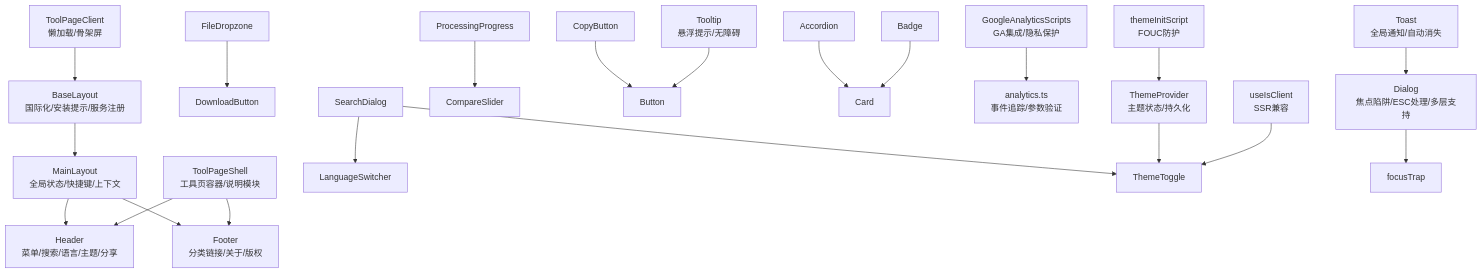
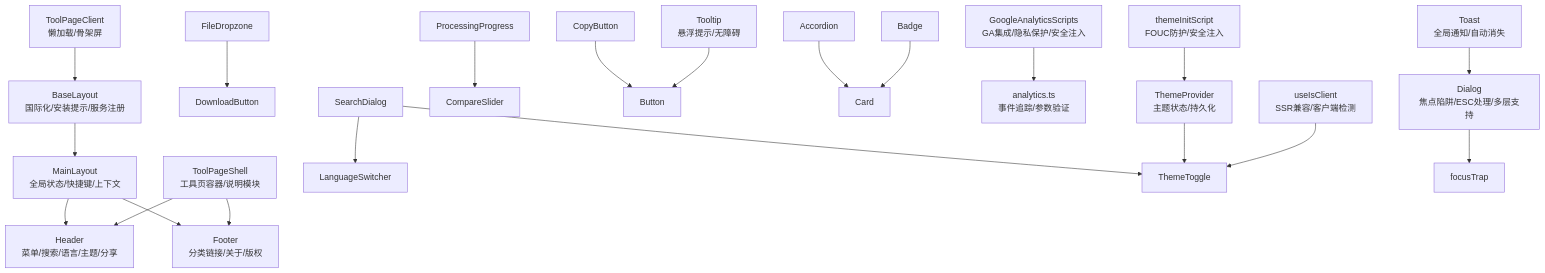
The second of 9 diagrams in .qoder/repowiki/zh/content/UI组件系统/UI组件系统.md (sgyy/privadeck), drawn with Mermaid before and after one commit. The commit also changed other lines of this file and 2 other files, not shown here.

````diff
--- a/.qoder/repowiki/zh/content/UI组件系统/UI组件系统.md
+++ b/.qoder/repowiki/zh/content/UI组件系统/UI组件系统.md
@@ -234,23 +233,23 @@
 ```mermaid
 graph TB
 ML["MainLayout<br/>全局状态/快捷键/上下文"] --> HDR["Header<br/>菜单/搜索/语言/主题/分享"]
 ML --> FTR["Footer<br/>分类链接/关于/版权"]
 BL["BaseLayout<br/>国际化/安装提示/服务注册"] --> ML
 TPS["ToolPageShell<br/>工具页容器/说明模块"] --> HDR
 TPS --> FTR
 TPC["ToolPageClient<br/>懒加载/骨架屏"] --> BL
 FDZ["FileDropzone"] --> DNB["DownloadButton"]
 SDI["SearchDialog"] --> LSW["LanguageSwitcher"]
 SDI --> TMT["ThemeToggle"]
 PPG["ProcessingProgress"] --> CMP["CompareSlider"]
 CPB["CopyButton"] --> BTN["Button"]
 ACC["Accordion"] --> CAR["Card"]
 BAD["Badge"] --> CAR
-GAS["GoogleAnalyticsScripts<br/>GA集成/隐私保护"] --> ANL["analytics.ts<br/>事件追踪/参数验证"]
+GAS["GoogleAnalyticsScripts<br/>GA集成/隐私保护/安全注入"] --> ANL["analytics.ts<br/>事件追踪/参数验证"]
 TPR["ThemeProvider<br/>主题状态/持久化"] --> TMT
-TIS["themeInitScript<br/>FOUC防护"] --> TPR
-UIC["useIsClient<br/>SSR兼容"] --> TMT
+TIS["themeInitScript<br/>FOUC防护/安全注入"] --> TPR
+UIC["useIsClient<br/>SSR兼容/客户端检测"] --> TMT
 DLG["Dialog<br/>焦点陷阱/ESC处理/多层支持"] --> FT["focusTrap"]
 TST["Toast<br/>全局通知/自动消失"] --> DLG
 TTP["Tooltip<br/>悬浮提示/无障碍"] --> BTN
 ```
````
